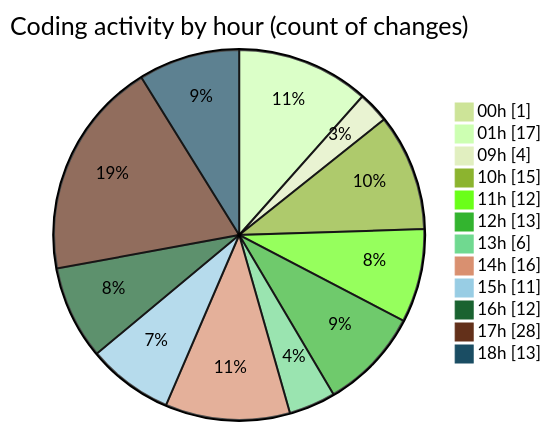
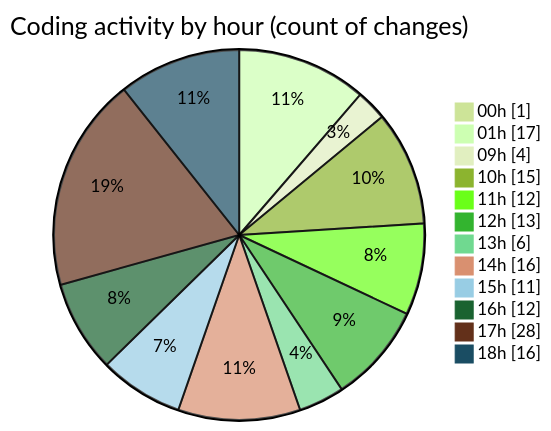
The second of 2 diagrams in 2025-11-01/cdp_aleoudev_fr__workspace_/README.md (julien-gomy/code-tracking), drawn with Mermaid (forest theme) before and after one commit. The commit also changed other lines of this file and 1 other file, not shown here.

````diff
--- a/2025-11-01/cdp_aleoudev_fr__workspace_/README.md
+++ b/2025-11-01/cdp_aleoudev_fr__workspace_/README.md
@@ -49,16 +49,16 @@
 ```mermaid
 pie showData
 title Coding activity by hour (count of changes)
 "00h" : 1
 "01h" : 17
 "09h" : 4
 "10h" : 15
 "11h" : 12
 "12h" : 13
 "13h" : 6
 "14h" : 16
 "15h" : 11
 "16h" : 12
 "17h" : 28
-"18h" : 13
+"18h" : 16
 ```
````
